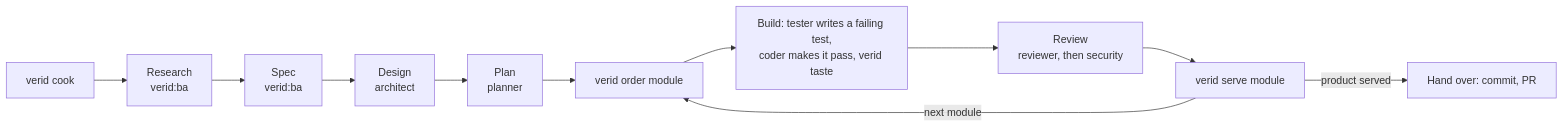
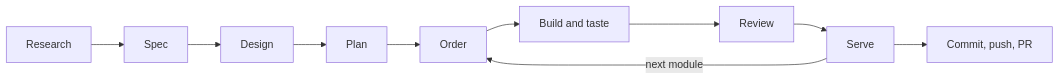
Before and after one commit to anhtranhai835/verid: the diagram in README.md, drawn with Mermaid. The commit also changed other lines of this file and 1 other file, not shown here.

````diff
--- a/README.md
+++ b/README.md
@@ -67,13 +35,5 @@
 ```mermaid
 flowchart LR
-  A[verid cook] --> B[Research<br/>verid:ba]
-  B --> S[Spec<br/>verid:ba]
-  S --> C[Design<br/>architect]
-  C --> D[Plan<br/>planner]
-  D --> E[verid order module]
-  E --> F[Build: tester writes a failing test,<br/>coder makes it pass, verid taste]
-  F --> G[Review<br/>reviewer, then security]
-  G --> H[verid serve module]
-  H -->|next module| E
-  H -->|product served| I[Hand over: commit, PR]
+  R[Research] --> S[Spec] --> D[Design] --> P[Plan] --> O[Order] --> B[Build and taste] --> V[Review] --> C[Serve] --> H[Commit, push, PR]
+  C -->|next module| O
 ```
````
